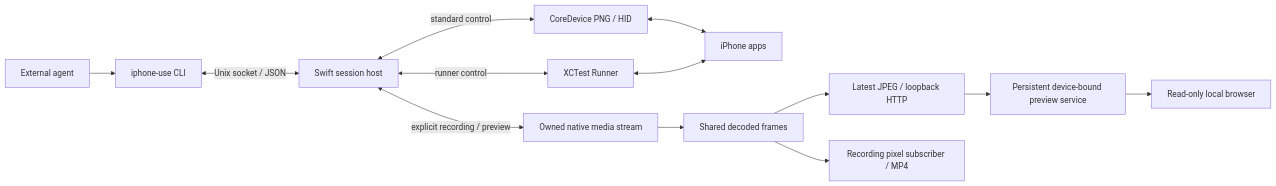
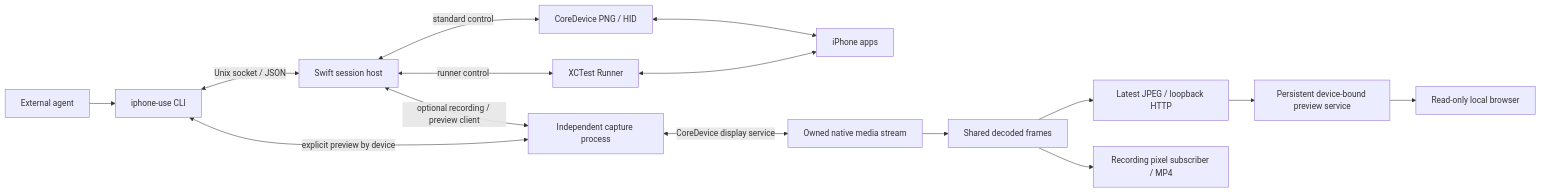
The diagram in docs/architecture.md (hughlee824/iphone-use), drawn with Mermaid before and after one commit. The commit also changed other lines of this file and 116 other files, not shown here.

First line of the commit message:
feat(duo)!: add display support and independent live preview (#57)

````diff
--- a/docs/architecture.md
+++ b/docs/architecture.md
@@ -9,15 +9,17 @@
 ```mermaid
 flowchart LR
     Agent[External agent] --> CLI[iphone-use CLI]
     CLI <-->|Unix socket / JSON| Host[Swift session host]
     Host <-->|standard control| Native[CoreDevice PNG / HID]
     Host <-->|runner control| Runner[XCTest Runner]
     Native <--> Apps[iPhone apps]
     Runner <--> Apps
-    Host <-->|explicit recording / preview| Media[Owned native media stream]
+    CLI <-->|explicit preview by device| Capture[Independent capture process]
+    Host <-->|optional recording / preview client| Capture
+    Capture <-->|CoreDevice display service| Media[Owned native media stream]
     Media --> Decode[Shared decoded frames]
     Decode --> Preview[Latest JPEG / loopback HTTP]
     Preview --> Service[Persistent device-bound preview service]
     Service --> Browser[Read-only local browser]
     Decode --> Recording[Recording pixel subscriber / MP4]
 ```
````
